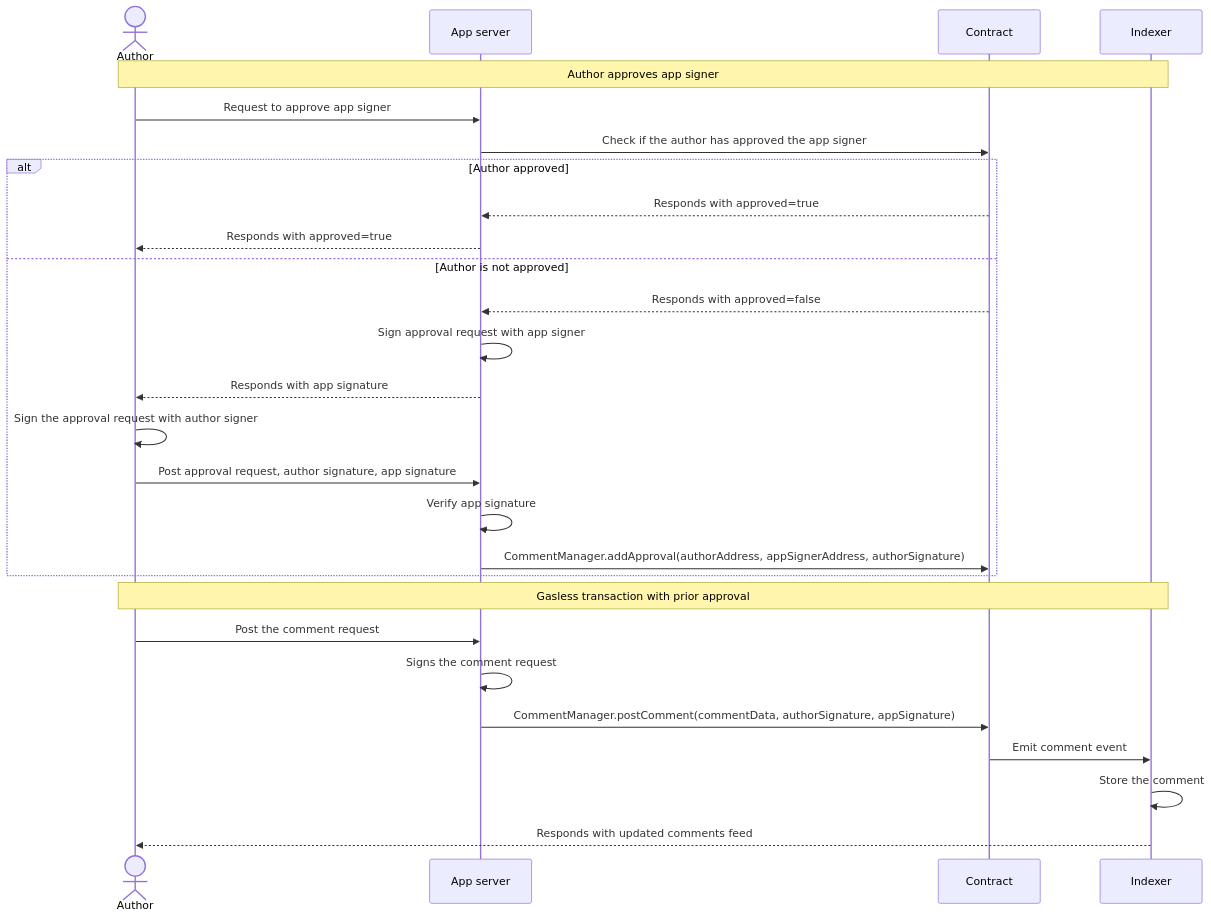
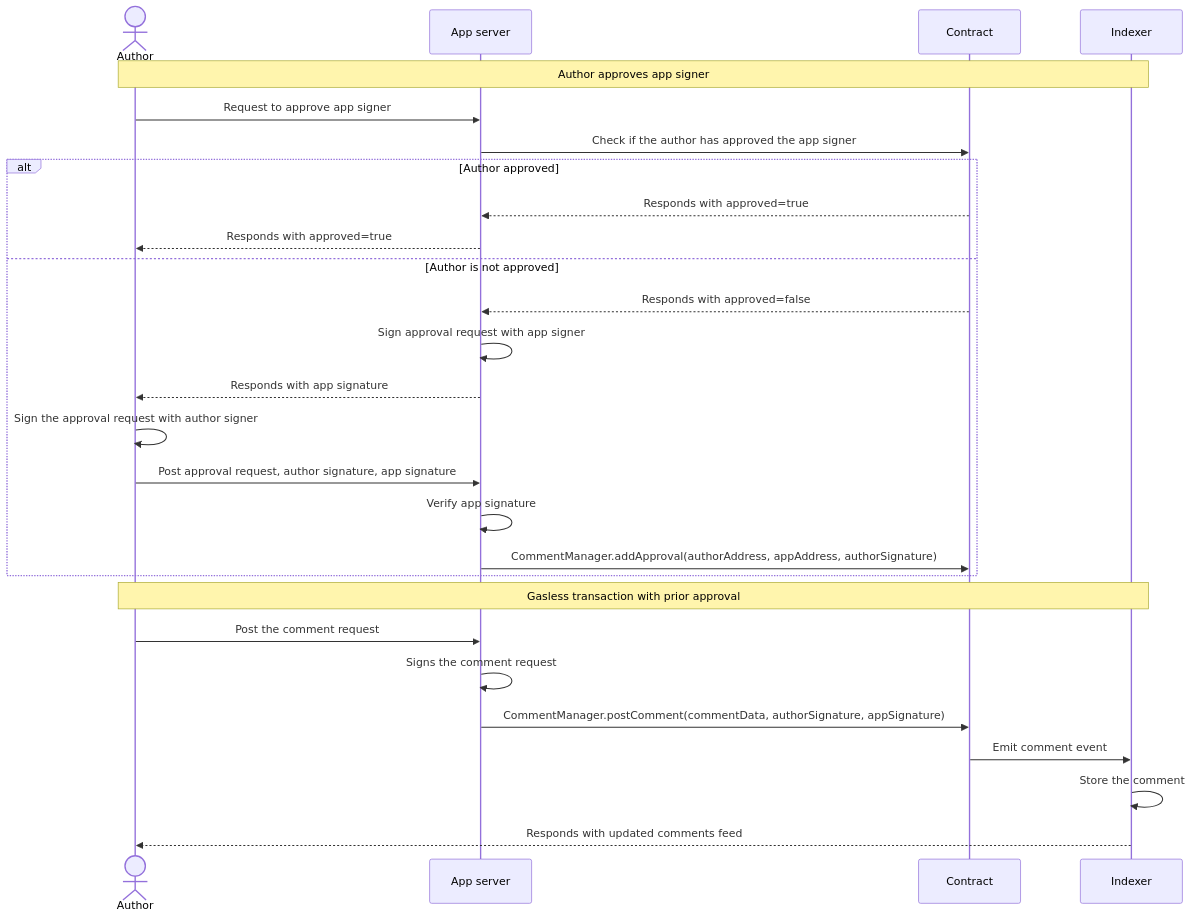
One commit to ecp-eth/comments-monorepo changed the third of 3 diagrams in docs/pages/post-comment-flows.mdx. Above: the diagram before and after it, drawn with Mermaid. The commit also changed other lines of this file and 99 other files, not shown here.

Commit message:
rename app signer to app (#262)

````diff
--- a/docs/pages/post-comment-flows.mdx
+++ b/docs/pages/post-comment-flows.mdx
@@ -82,33 +82,33 @@
 ```mermaid
 sequenceDiagram
     actor Author
     participant App server
     participant Contract
     participant Indexer
 
     %% Flow 3: Gasless transaction with prior approval
     Note over Author,Indexer: Author approves app signer
     Author->>App server: Request to approve app signer
     App server->>Contract: Check if the author has approved the app signer
 
     alt Author approved
         Contract-->>App server: Responds with approved=true
         App server-->>Author: Responds with approved=true
     else Author is not approved
         Contract-->>App server: Responds with approved=false
         App server->>App server: Sign approval request with app signer
         App server-->>Author: Responds with app signature
         Author->>Author: Sign the approval request with author signer
         Author->>App server: Post approval request, author signature, app signature
         App server->>App server: Verify app signature
-        App server->>Contract: CommentManager.addApproval(authorAddress, appSignerAddress, authorSignature)
+        App server->>Contract: CommentManager.addApproval(authorAddress, appAddress, authorSignature)
     end
 
     Note over Author,Indexer: Gasless transaction with prior approval
     Author->>App server: Post the comment request
     App server->>App server: Signs the comment request
     App server->>Contract: CommentManager.postComment(commentData, authorSignature, appSignature)
     Contract->>Indexer: Emit comment event
     Indexer->>Indexer: Store the comment
     Indexer-->>Author: Responds with updated comments feed
 ```
````
